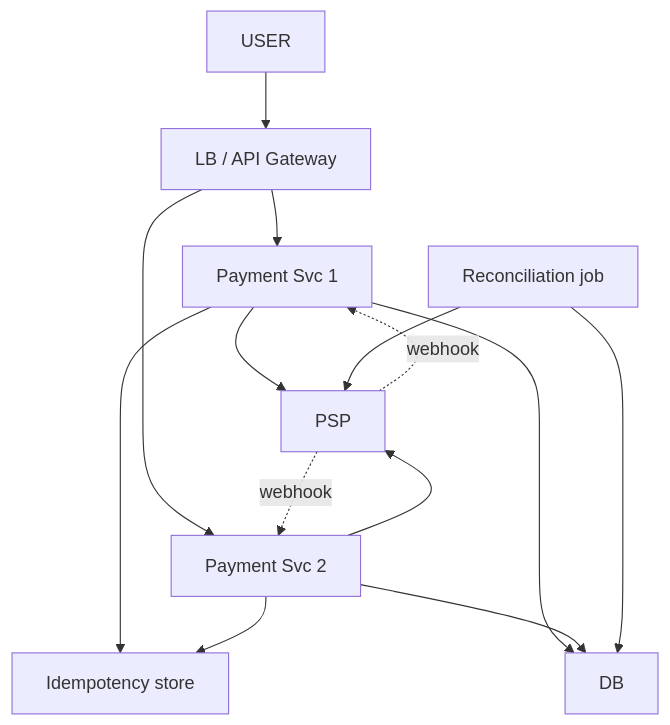
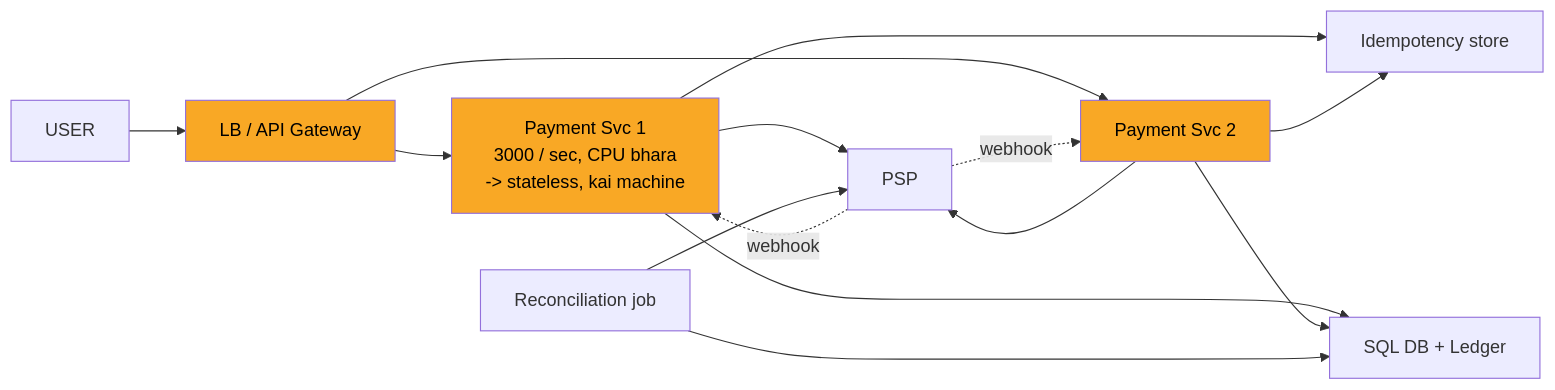
Before and after one commit to ArpanMaheshwari144/Prep: the ninth of 12 diagrams in 04_HLD/SYSTEM_DESIGNS/06_payment_system/06_payment_system.md, drawn with Mermaid. The commit also changed other lines of this file and 2 other files, not shown here.

Commit message:
notification, payment, file upload: one-day story, short cards, follow-ups with rules, highlighted diagrams

````diff
--- a/04_HLD/SYSTEM_DESIGNS/06_payment_system/06_payment_system.md
+++ b/04_HLD/SYSTEM_DESIGNS/06_payment_system/06_payment_system.md
@@ -333,24 +338,27 @@
 ```mermaid
-flowchart TD
+flowchart LR
     n_USER["USER"]
     n_LB_API_Gateway["LB / API Gateway"]
-    n_Payment_Svc_x_N_1["Payment Svc 1"]
+    n_Payment_Svc_x_N_1["Payment Svc 1<br/>3000 / sec, CPU bhara<br/>-> stateless, kai machine"]
     n_Payment_Svc_x_N_2["Payment Svc 2"]
     n_Idempotency_store["Idempotency store"]
     n_PSP["PSP"]
-    n_DB["DB"]
+    n_DB["SQL DB + Ledger"]
     n_Reconciliation_job["Reconciliation job"]
     n_USER --> n_LB_API_Gateway
     n_LB_API_Gateway --> n_Payment_Svc_x_N_1
     n_LB_API_Gateway --> n_Payment_Svc_x_N_2
     n_Payment_Svc_x_N_1 --> n_Idempotency_store
     n_Payment_Svc_x_N_2 --> n_Idempotency_store
     n_Payment_Svc_x_N_1 --> n_PSP
     n_Payment_Svc_x_N_2 --> n_PSP
     n_Payment_Svc_x_N_1 --> n_DB
     n_Payment_Svc_x_N_2 --> n_DB
     n_Reconciliation_job --> n_DB
     n_Reconciliation_job --> n_PSP
     n_PSP -.->|webhook| n_Payment_Svc_x_N_1
     n_PSP -.->|webhook| n_Payment_Svc_x_N_2
+    style n_LB_API_Gateway fill:#f9a825,color:#000
+    style n_Payment_Svc_x_N_1 fill:#f9a825,color:#000
+    style n_Payment_Svc_x_N_2 fill:#f9a825,color:#000
 ```
````
